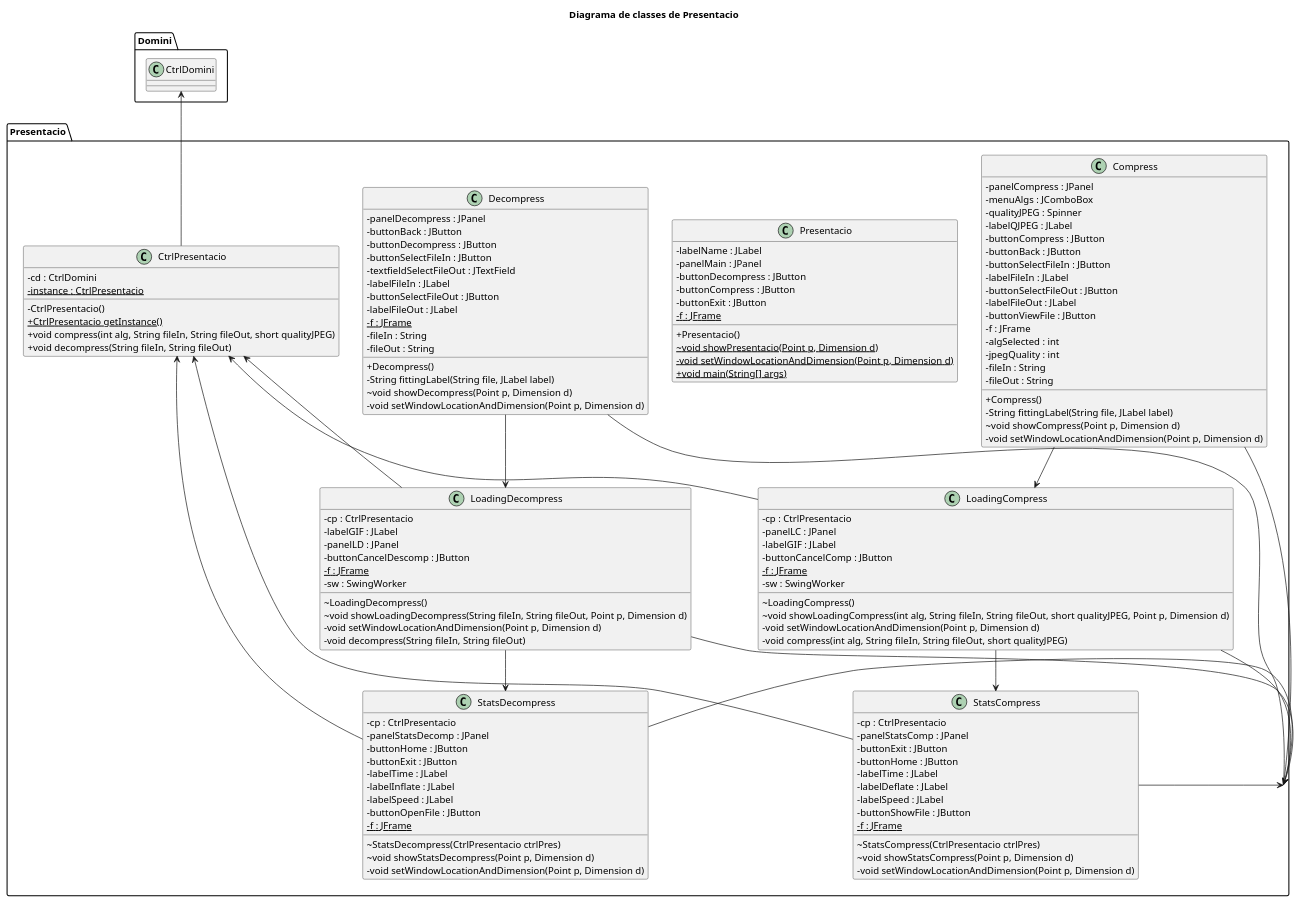
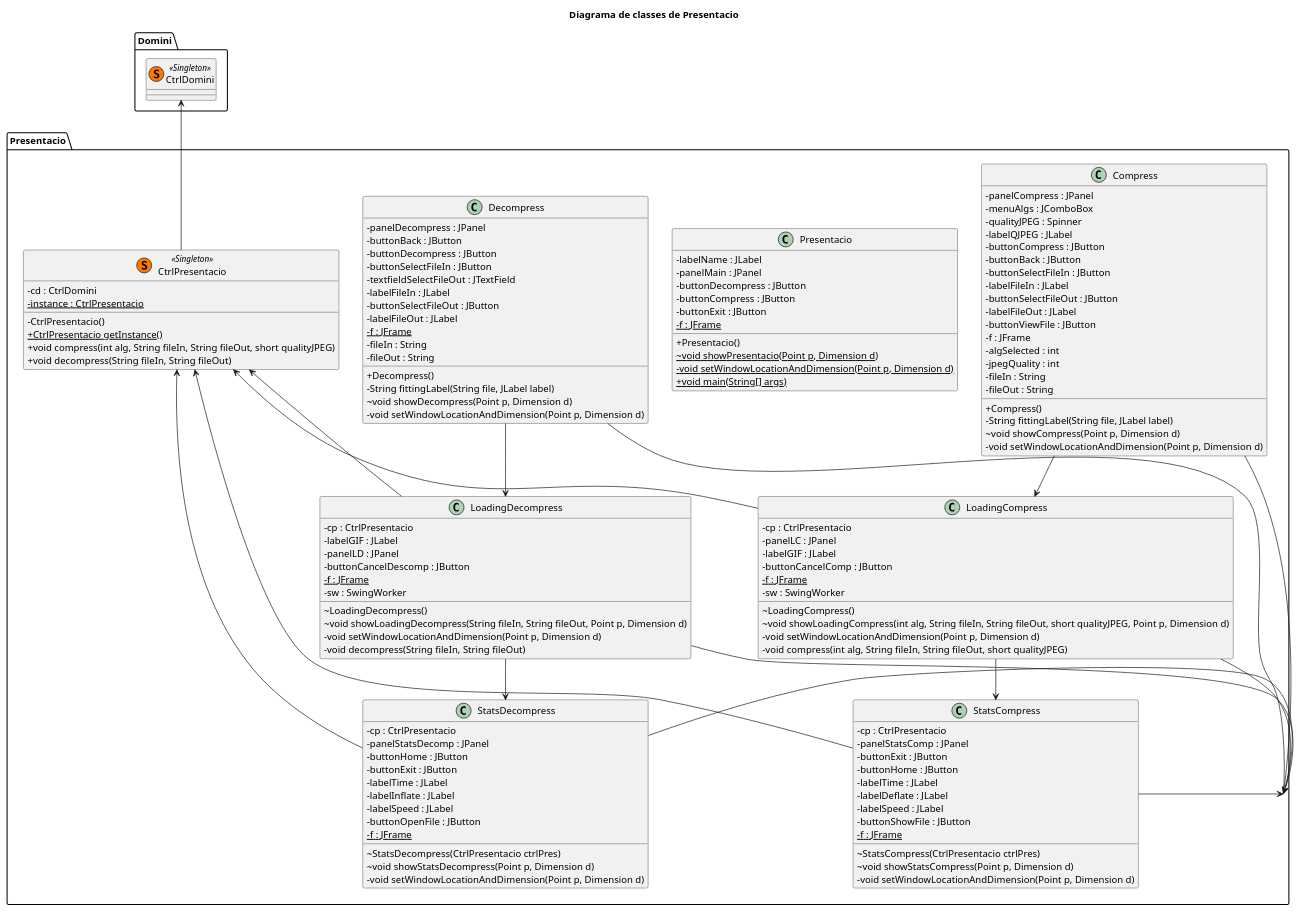
Before and after one commit to Leixb/UPC-PROP_Compressor: the diagram in doc/UML/DiagramaClassesPresentacio.puml, drawn with PlantUML. The commit also changed 5 other files, not shown here.

Commit message:
UML done

```diff
--- a/doc/UML/DiagramaClassesPresentacio.puml
+++ b/doc/UML/DiagramaClassesPresentacio.puml
@@ -1,142 +1,142 @@
 @startuml
 
 skinparam classAttributeIconSize 0
 
 title Diagrama de classes de Presentacio
 
 package Domini {
-    class CtrlDomini
+    class CtrlDomini << (S,#FF7700) Singleton >>
 }
 
 package Presentacio {
-    class CtrlPresentacio {
+    class CtrlPresentacio << (S,#FF7700) Singleton >>{
         -cd : CtrlDomini
         {static}-instance : CtrlPresentacio
         -CtrlPresentacio()
         {static}+CtrlPresentacio getInstance()
         +void compress(int alg, String fileIn, String fileOut, short qualityJPEG)
         +void decompress(String fileIn, String fileOut)
     }
     class Presentacio {
         -labelName : JLabel
         -panelMain : JPanel
         -buttonDecompress : JButton
         -buttonCompress : JButton
         -buttonExit : JButton
         {static}-f : JFrame
         +Presentacio()
         {static}~void showPresentacio(Point p, Dimension d)
         {static}-void setWindowLocationAndDimension(Point p, Dimension d)
         {static}+void main(String[] args)
     }
     class Compress {
         -panelCompress : JPanel
         -menuAlgs : JComboBox
         -qualityJPEG : Spinner
         -labelQJPEG : JLabel
         -buttonCompress : JButton
         -buttonBack : JButton
         -buttonSelectFileIn : JButton
         -labelFileIn : JLabel
         -buttonSelectFileOut : JButton
         -labelFileOut : JLabel
         -buttonViewFile : JButton
         -f : JFrame
         -algSelected : int
         -jpegQuality : int
         -fileIn : String
         -fileOut : String
         +Compress()
         -String fittingLabel(String file, JLabel label)
         ~void showCompress(Point p, Dimension d)
         -void setWindowLocationAndDimension(Point p, Dimension d)
     }
     class Decompress {
         -panelDecompress : JPanel
         -buttonBack : JButton
         -buttonDecompress : JButton
         -buttonSelectFileIn : JButton
         -textfieldSelectFileOut : JTextField
         - labelFileIn : JLabel
         -buttonSelectFileOut : JButton
         -labelFileOut : JLabel
         {static}-f : JFrame
         -fileIn : String
         -fileOut : String
         +Decompress()
         -String fittingLabel(String file, JLabel label)
         ~void showDecompress(Point p, Dimension d)
         -void setWindowLocationAndDimension(Point p, Dimension d)
     }
     class LoadingCompress {
         -cp : CtrlPresentacio
         -panelLC : JPanel
         -labelGIF : JLabel
         -buttonCancelComp : JButton
         {static}-f : JFrame
         -sw : SwingWorker
         ~LoadingCompress()
         ~void showLoadingCompress(int alg, String fileIn, String fileOut, short qualityJPEG, Point p, Dimension d)
         -void setWindowLocationAndDimension(Point p, Dimension d)
         -void compress(int alg, String fileIn, String fileOut, short qualityJPEG)
     }
     class LoadingDecompress {
         -cp : CtrlPresentacio
         -labelGIF : JLabel
         -panelLD : JPanel
         -buttonCancelDescomp : JButton
         {static}-f : JFrame
         -sw : SwingWorker
         ~LoadingDecompress()
         ~void showLoadingDecompress(String fileIn, String fileOut, Point p, Dimension d)
         -void setWindowLocationAndDimension(Point p, Dimension d)
         -void decompress(String fileIn, String fileOut)
     }
     class StatsCompress {
         -cp : CtrlPresentacio
         -panelStatsComp : JPanel
         -buttonExit : JButton
         -buttonHome : JButton
         -labelTime : JLabel
         -labelDeflate : JLabel
         -labelSpeed : JLabel
         -buttonShowFile : JButton
         {static}-f : JFrame
         ~StatsCompress(CtrlPresentacio ctrlPres)
         ~void showStatsCompress(Point p, Dimension d)
         -void setWindowLocationAndDimension(Point p, Dimension d)
     }
     class StatsDecompress {
         -cp : CtrlPresentacio
         -panelStatsDecomp : JPanel
         -buttonHome : JButton
         -buttonExit : JButton
         -labelTime : JLabel
         -labelInflate : JLabel
         -labelSpeed : JLabel
         -buttonOpenFile : JButton
         {static}-f : JFrame
         ~StatsDecompress(CtrlPresentacio ctrlPres)
         ~void showStatsDecompress(Point p, Dimension d)
         -void setWindowLocationAndDimension(Point p, Dimension d)
     }
 }
 
 CtrlDomini <-- CtrlPresentacio
 CtrlPresentacio <-- LoadingCompress
 CtrlPresentacio <-- LoadingDecompress
 CtrlPresentacio <-- StatsCompress
 CtrlPresentacio <-- StatsDecompress
 
 Presentacio -- Compress
 Presentacio -- Decompress
 Compress --> LoadingCompress
 Decompress --> LoadingDecompress
 LoadingCompress --> StatsCompress
 LoadingCompress --> Presentacio
 LoadingDecompress --> StatsDecompress
 LoadingDecompress --> Presentacio
 StatsCompress --> Presentacio
 StatsDecompress --> Presentacio
 
 @enduml
```
